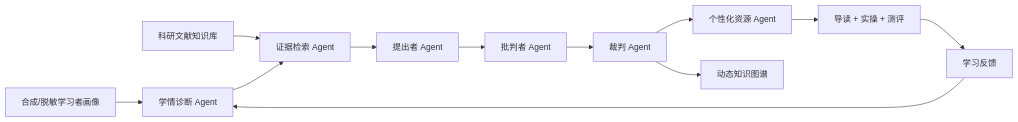
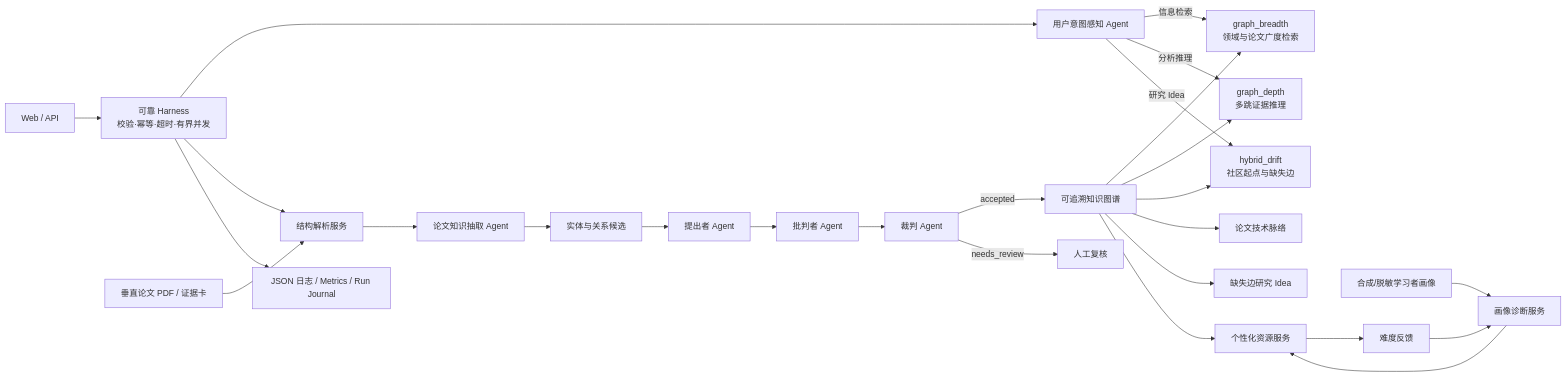
One commit to Berries06/Multi-Agent-Scholarly-Trace-demo changed the diagram in docs/02_architecture.md. Above: the diagram before and after it, drawn with Mermaid. The commit also changed other lines of this file and 92 other files, not shown here.

````diff
--- a/docs/02_architecture.md
+++ b/docs/02_architecture.md
@@ -5,14 +5,28 @@
 ```mermaid
 flowchart LR
-    A["合成/脱敏学习者画像"] --> B["学情诊断 Agent"]
-    K["科研文献知识库"] --> C["证据检索 Agent"]
-    B --> C
-    C --> D["提出者 Agent"]
-    D --> E["批判者 Agent"]
-    E --> F["裁判 Agent"]
-    F --> G["个性化资源 Agent"]
-    G --> H["导读 + 实操 + 测评"]
-    H --> I["学习反馈"]
-    I --> B
-    F --> J["动态知识图谱"]
+    W["Web / API"] --> HZ["可靠 Harness<br/>校验·幂等·超时·有界并发"]
+    HZ --> Q["用户意图感知 Agent"]
+    HZ --> X
+    P["垂直论文 PDF / 证据卡"] --> X["结构解析服务"]
+    X --> E["论文知识抽取 Agent"]
+    E --> C["实体与关系候选"]
+    C --> A1["提出者 Agent"]
+    A1 --> A2["批判者 Agent"]
+    A2 --> A3["裁判 Agent"]
+    A3 -->|accepted| KG["可追溯知识图谱"]
+    A3 -->|needs_review| HR["人工复核"]
+    KG --> B["graph_breadth<br/>领域与论文广度检索"]
+    KG --> DQ["graph_depth<br/>多跳证据推理"]
+    KG --> DR["hybrid_drift<br/>社区起点与缺失边"]
+    Q -->|信息检索| B
+    Q -->|分析推理| DQ
+    Q -->|研究 Idea| DR
+    KG --> L["论文技术脉络"]
+    KG --> I["缺失边研究 Idea"]
+    U["合成/脱敏学习者画像"] --> D["画像诊断服务"]
+    D --> R["个性化资源服务"]
+    KG --> R
+    R --> F["难度反馈"]
+    F --> D
+    HZ --> O["JSON 日志 / Metrics / Run Journal"]
 ```
````
